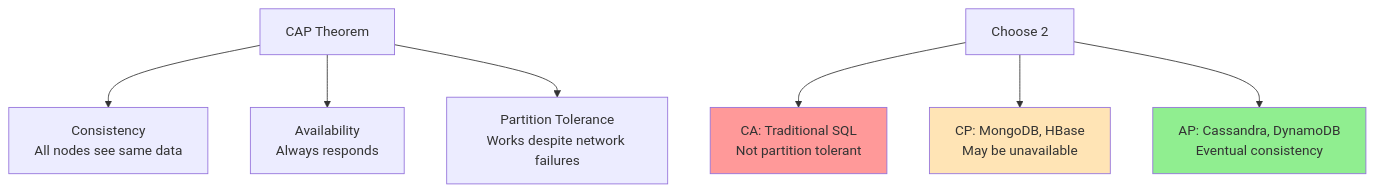
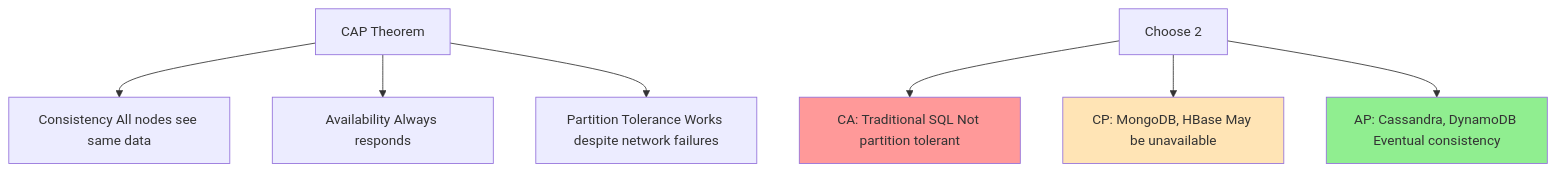
Before and after one commit to p1kmr/for-reading: diagram 31 of 39 in Distributed_Concurrency_Control_Guide.md, drawn with Mermaid. The commit also changed other lines of this file and 2 other files, not shown here.

Commit message:
Fix Mermaid rendering issues in Databases and Message Queues guides by simplifying complex diagrams

````diff
--- a/Distributed_Concurrency_Control_Guide.md
+++ b/Distributed_Concurrency_Control_Guide.md
@@ -1785,14 +1785,14 @@
 ```mermaid
 graph TD
-    A[CAP Theorem] --> B[Consistency<br/>All nodes see same data]
-    A --> C[Availability<br/>Always responds]
-    A --> D[Partition Tolerance<br/>Works despite network failures]
+    A[CAP Theorem] --> B[Consistency All nodes see same data]
+    A --> C[Availability Always responds]
+    A --> D[Partition Tolerance Works despite network failures]
 
-    E[Choose 2] --> F[CA: Traditional SQL<br/>Not partition tolerant]
-    E --> G[CP: MongoDB, HBase<br/>May be unavailable]
-    E --> H[AP: Cassandra, DynamoDB<br/>Eventual consistency]
+    E[Choose 2] --> F[CA: Traditional SQL Not partition tolerant]
+    E --> G[CP: MongoDB, HBase May be unavailable]
+    E --> H[AP: Cassandra, DynamoDB Eventual consistency]
 
     style F fill:#ff9999
     style G fill:#FFE4B5
     style H fill:#90EE90
 ```
````
